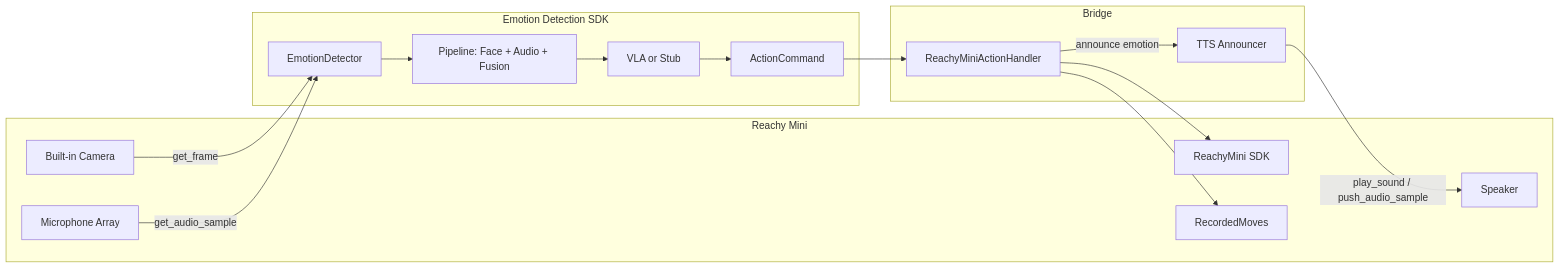
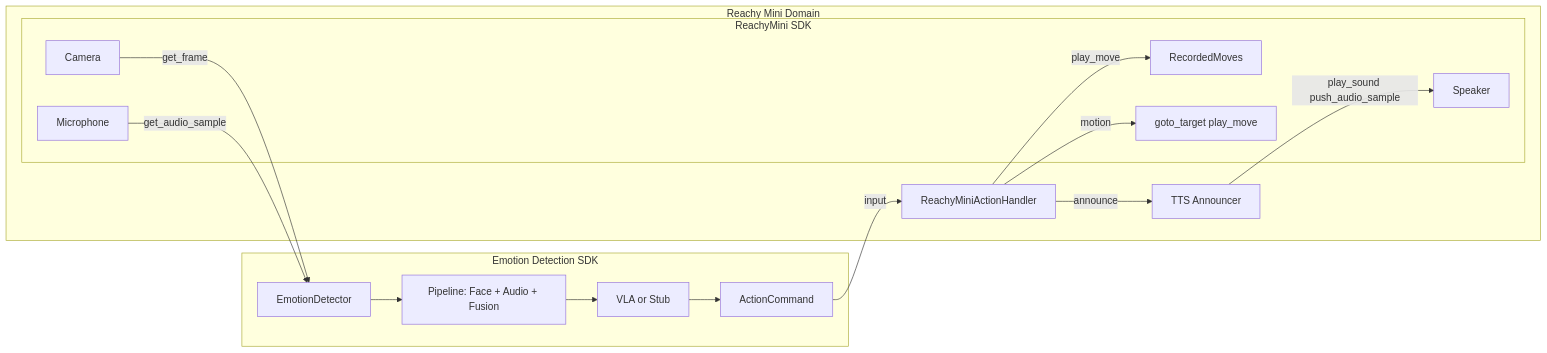
Before and after one commit to saurabh947/reachy-emotion: the diagram in initial-plan.md, drawn with Mermaid. The commit also changed other lines of this file, not shown here.

````diff
--- a/initial-plan.md
+++ b/initial-plan.md
@@ -12,31 +12,30 @@
 ```mermaid
 flowchart LR
-    subgraph ReachyMini [Reachy Mini]
-        Reachy[ReachyMini SDK]
-        Camera[Built-in Camera]
-        Mic[Microphone Array]
-        Speaker[Speaker]
-        Moves[RecordedMoves]
-    end
-    
     subgraph EmotionSDK [Emotion Detection SDK]
         Detector[EmotionDetector]
         Pipeline[Pipeline: Face + Audio + Fusion]
         VLA[VLA or Stub]
         ActionCmd[ActionCommand]
     end
     
-    subgraph Bridge [Bridge]
+    subgraph ReachyMiniDomain [Reachy Mini Domain]
         Handler[ReachyMiniActionHandler]
         TTS[TTS Announcer]
+        subgraph ReachySDK [ReachyMini SDK]
+            Camera[Camera]
+            Mic[Microphone]
+            Speaker[Speaker]
+            RecordedMoves[RecordedMoves]
+            Motion[goto_target play_move]
+        end
     end
     
     Camera -->|get_frame| Detector
     Mic -->|get_audio_sample| Detector
     Detector --> Pipeline --> VLA --> ActionCmd
-    ActionCmd --> Handler
-    Handler --> Reachy
-    Handler --> Moves
-    Handler -->|announce emotion| TTS
-    TTS -->|play_sound / push_audio_sample| Speaker
+    ActionCmd -->|input| Handler
+    Handler -->|motion| Motion
+    Handler -->|play_move| RecordedMoves
+    Handler -->|announce| TTS
+    TTS -->|play_sound push_audio_sample| Speaker
 ```
````
